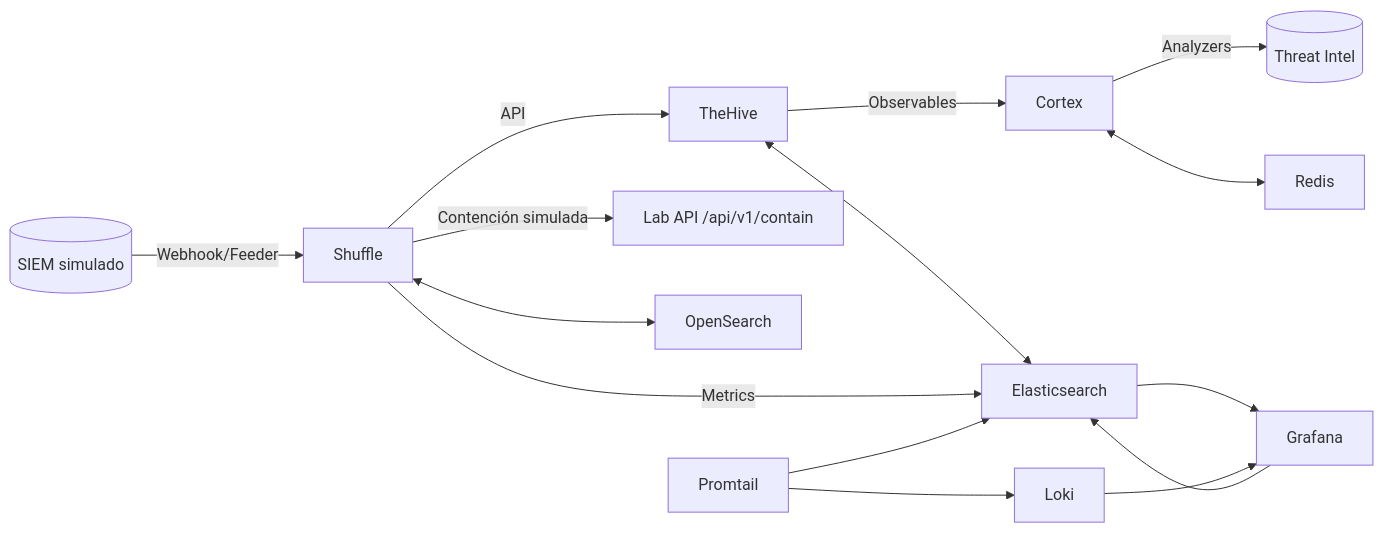
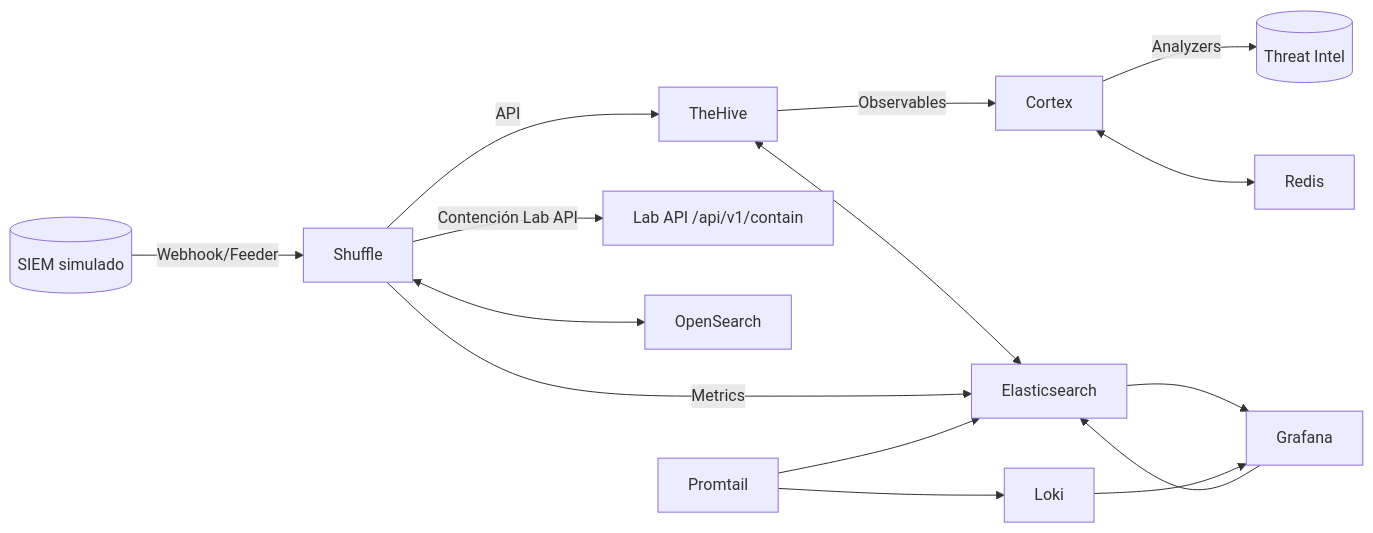
The first of 13 diagrams in docs/thesis/appendix_h.md (alesanfe/soar-ransomware-lab), drawn with Mermaid before and after one commit. The commit also changed other lines of this file, not shown here.

````diff
--- a/docs/thesis/appendix_h.md
+++ b/docs/thesis/appendix_h.md
@@ -15,17 +15,17 @@
 ```mermaid
 flowchart LR
   SIEM[(SIEM simulado)] -- Webhook/Feeder --> Shuffle
   Shuffle -- API --> TheHive
   TheHive -- Observables --> Cortex
   Cortex -- Analyzers --> TI[(Threat Intel)]
-  Shuffle -- Contención simulada --> API[Lab API /api/v1/contain]
+  Shuffle -- Contención Lab API --> API[Lab API /api/v1/contain]
   TheHive <--> Elasticsearch
   Cortex <--> Redis
   Shuffle <--> OpenSearch[OpenSearch]
   Shuffle -- Metrics --> Elasticsearch
   Elasticsearch --> Grafana[Grafana]
   Promtail[Promtail] --> Loki[Loki]
   Loki --> Grafana
   Promtail --> Elasticsearch
   Grafana --> Elasticsearch
 ```
````
